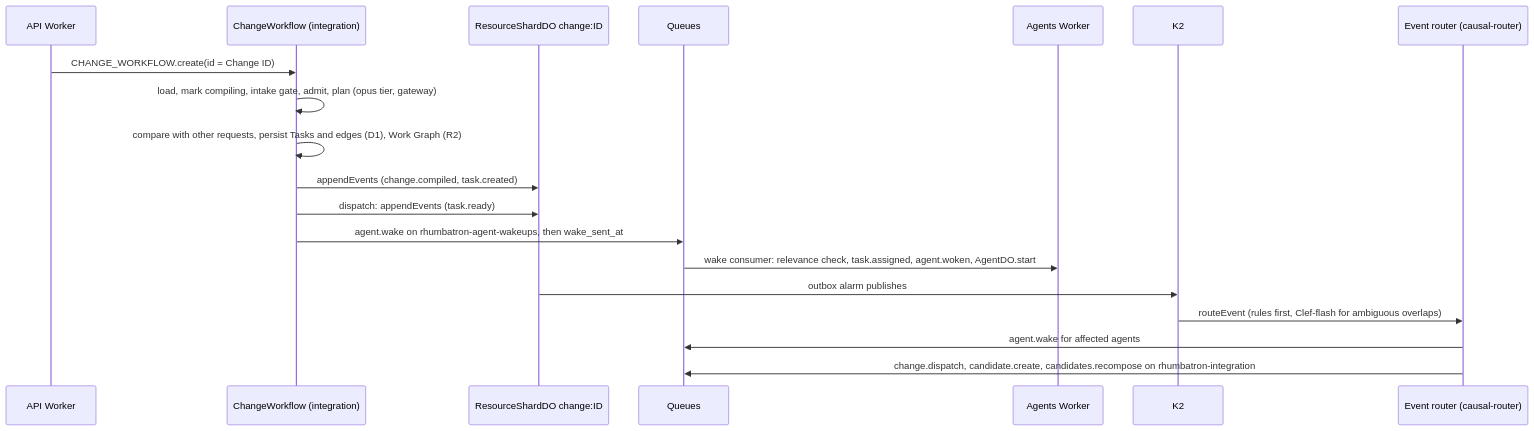
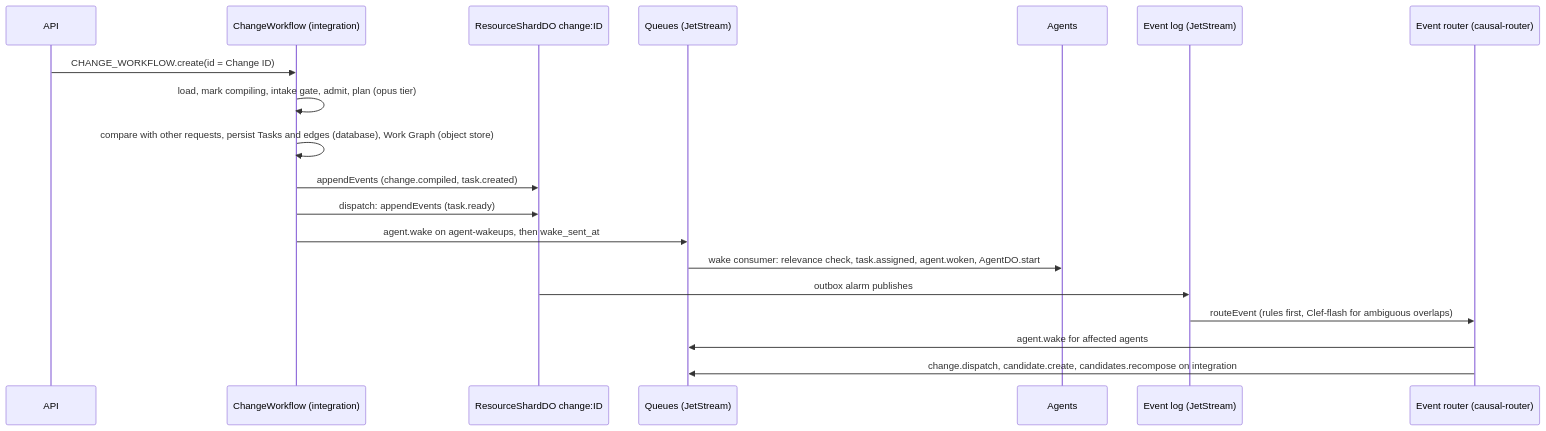
The diagram in docs/adr/0008-change-workflow-and-causal-routing.md (nsudhanva/rhumbatron), drawn with Mermaid before and after one commit. The commit also changed other lines of this file and 322 other files, not shown here.

````diff
--- a/docs/adr/0008-change-workflow-and-causal-routing.md
+++ b/docs/adr/0008-change-workflow-and-causal-routing.md
@@ -60,21 +63,21 @@
 ```mermaid
 sequenceDiagram
-  participant API as API Worker
+  participant API as API
   participant WF as ChangeWorkflow (integration)
   participant S as ResourceShardDO change:ID
-  participant Q as Queues
-  participant AG as Agents Worker
-  participant K2 as K2
+  participant Q as Queues (JetStream)
+  participant AG as Agents
+  participant EL as Event log (JetStream)
   participant R as Event router (causal-router)
   API->>WF: CHANGE_WORKFLOW.create(id = Change ID)
-  WF->>WF: load, mark compiling, intake gate, admit, plan (opus tier, gateway)
-  WF->>WF: compare with other requests, persist Tasks and edges (D1), Work Graph (R2)
+  WF->>WF: load, mark compiling, intake gate, admit, plan (opus tier)
+  WF->>WF: compare with other requests, persist Tasks and edges (database), Work Graph (object store)
   WF->>S: appendEvents (change.compiled, task.created)
   WF->>S: dispatch: appendEvents (task.ready)
-  WF->>Q: agent.wake on rhumbatron-agent-wakeups, then wake_sent_at
+  WF->>Q: agent.wake on agent-wakeups, then wake_sent_at
   Q->>AG: wake consumer: relevance check, task.assigned, agent.woken, AgentDO.start
-  S->>K2: outbox alarm publishes
-  K2->>R: routeEvent (rules first, Clef-flash for ambiguous overlaps)
+  S->>EL: outbox alarm publishes
+  EL->>R: routeEvent (rules first, Clef-flash for ambiguous overlaps)
   R->>Q: agent.wake for affected agents
-  R->>Q: change.dispatch, candidate.create, candidates.recompose on rhumbatron-integration
+  R->>Q: change.dispatch, candidate.create, candidates.recompose on integration
 ```
````
